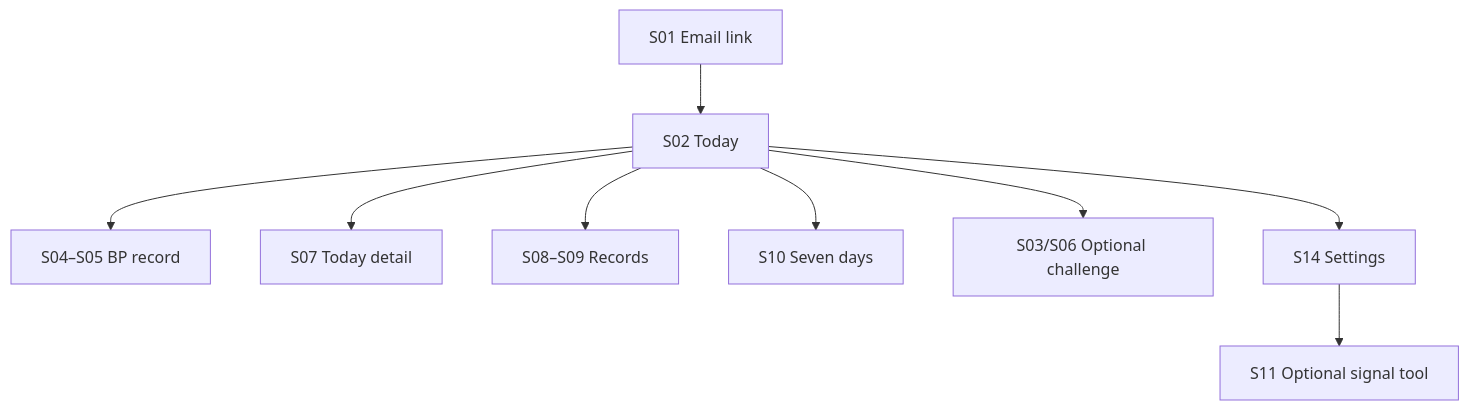
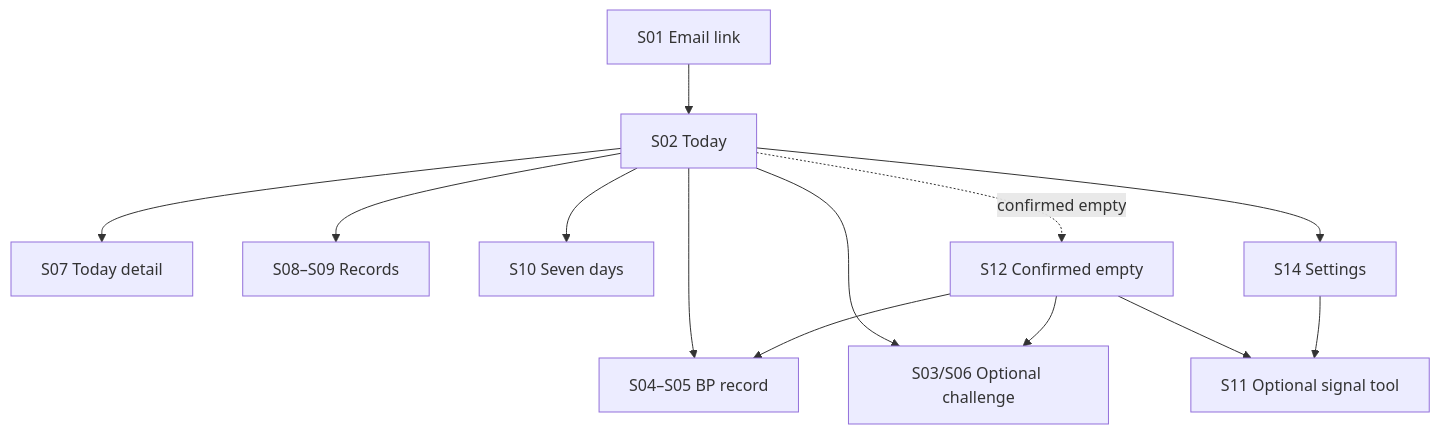
The first of 2 diagrams in docs/ux-flow.md (AI-HealthCare-05/AH_05_07), drawn with Mermaid before and after one commit. The commit also changed other lines of this file, not shown here.

Commit message:
docs: sync first-day UX flow

````diff
--- a/docs/ux-flow.md
+++ b/docs/ux-flow.md
@@ -5,11 +5,15 @@
 ```mermaid
 flowchart TD
     A["S01 Email link"] --> B["S02 Today"]
     B --> C["S04–S05 BP record"]
     B --> D["S07 Today detail"]
     B --> E["S08–S09 Records"]
     B --> F["S10 Seven days"]
     B --> G["S03/S06 Optional challenge"]
     B --> H["S14 Settings"]
-    H --> I["S11 Optional signal tool"]
+    B -. confirmed empty .-> J["S12 Confirmed empty"]
+    J --> C
+    J --> G
+    J --> I["S11 Optional signal tool"]
+    H --> I
 ```
````
